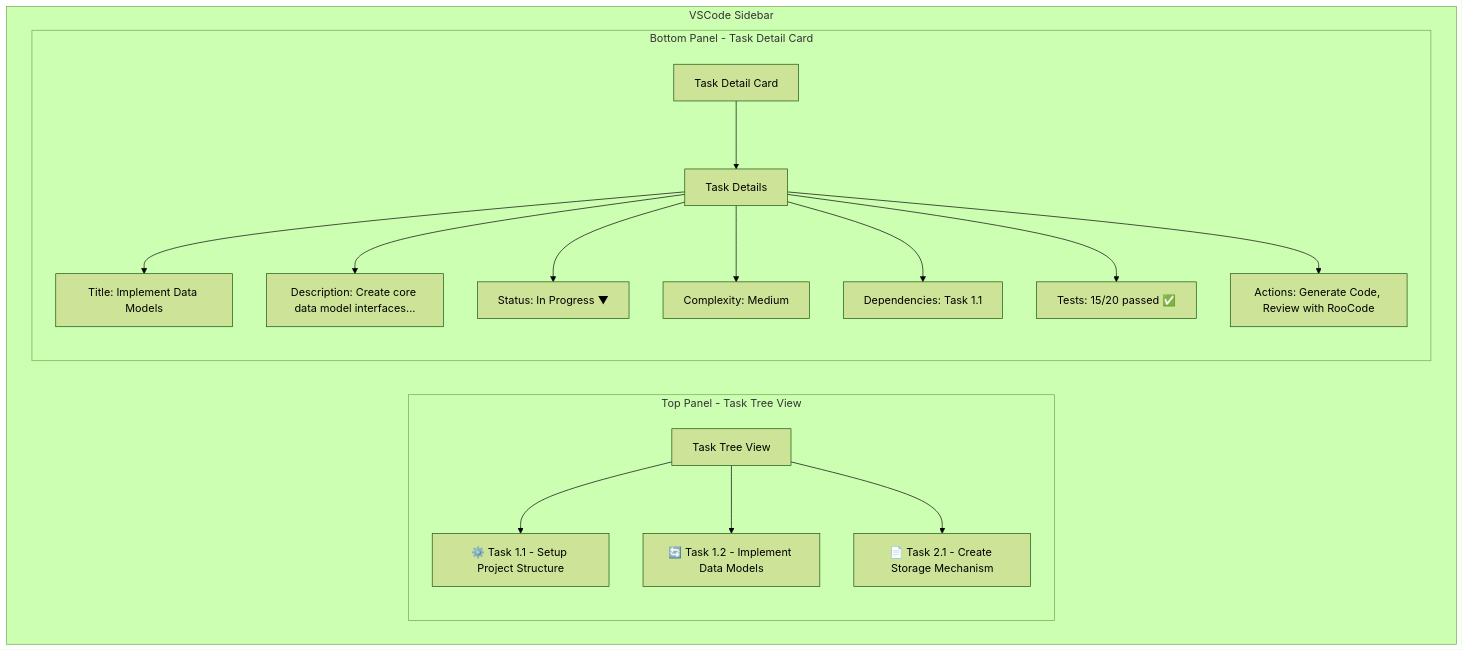
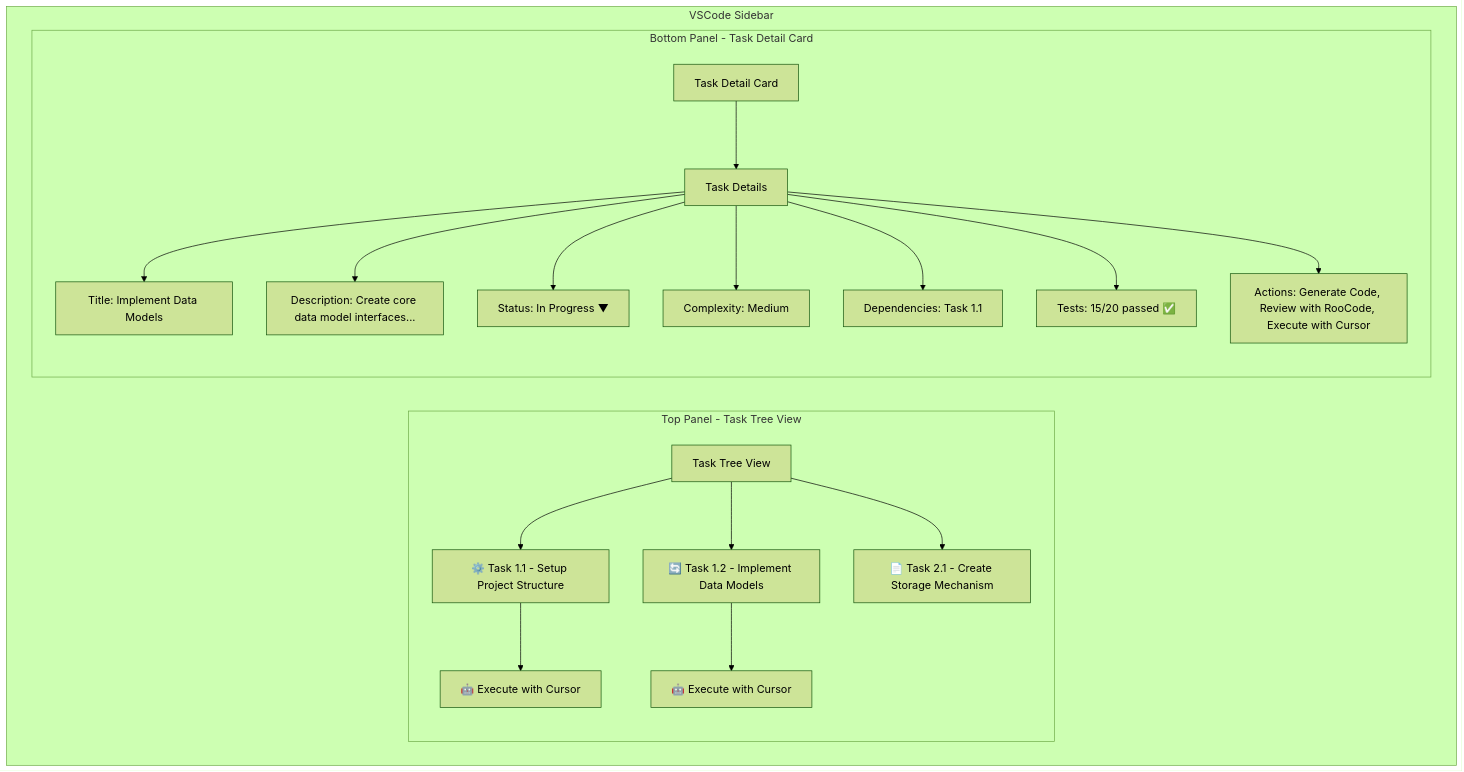
One commit to cheong-yi/aidm-vscode-extension changed the second of 2 diagrams in .kiro/specs/sidebar-taskmaster/design.md. Above: the diagram before and after it, drawn with Mermaid (forest theme). The commit also changed other lines of this file and 3 other files, not shown here.

````diff
--- a/.kiro/specs/sidebar-taskmaster/design.md
+++ b/.kiro/specs/sidebar-taskmaster/design.md
@@ -342,23 +419,25 @@
 ```mermaid
 graph TB
     subgraph "VSCode Sidebar"
         subgraph "Top Panel - Task Tree View"
             TTV[Task Tree View]
             TTV --> T1[⚙️ Task 1.1 - Setup Project Structure]
             TTV --> T2[🔄 Task 1.2 - Implement Data Models]
             TTV --> T3[📄 Task 2.1 - Create Storage Mechanism]
+            T1 --> EXECUTE1[🤖 Execute with Cursor]
+            T2 --> EXECUTE2[🤖 Execute with Cursor]
         end
 
         subgraph "Bottom Panel - Task Detail Card"
             TDC[Task Detail Card]
             TDC --> TD[Task Details]
             TD --> TITLE[Title: Implement Data Models]
             TD --> DESC[Description: Create core data model interfaces...]
             TD --> STATUS[Status: In Progress ▼]
             TD --> COMPLEXITY[Complexity: Medium]
             TD --> DEPS[Dependencies: Task 1.1]
             TD --> TESTS[Tests: 15/20 passed ✅]
-            TD --> ACTIONS[Actions: Generate Code, Review with RooCode]
+            TD --> ACTIONS[Actions: Generate Code, Review with RooCode, Execute with Cursor]
         end
     end
 ```
````
